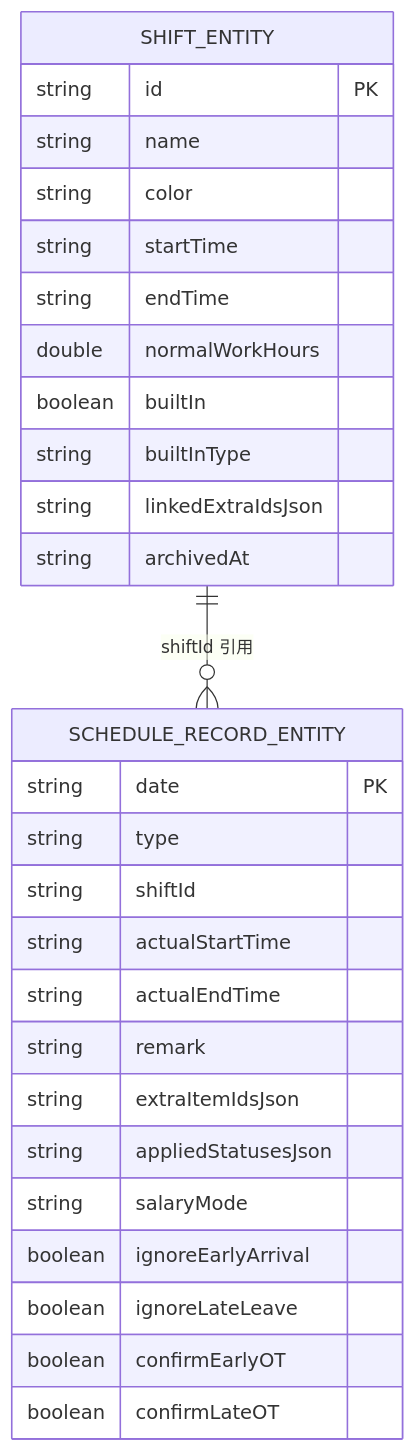
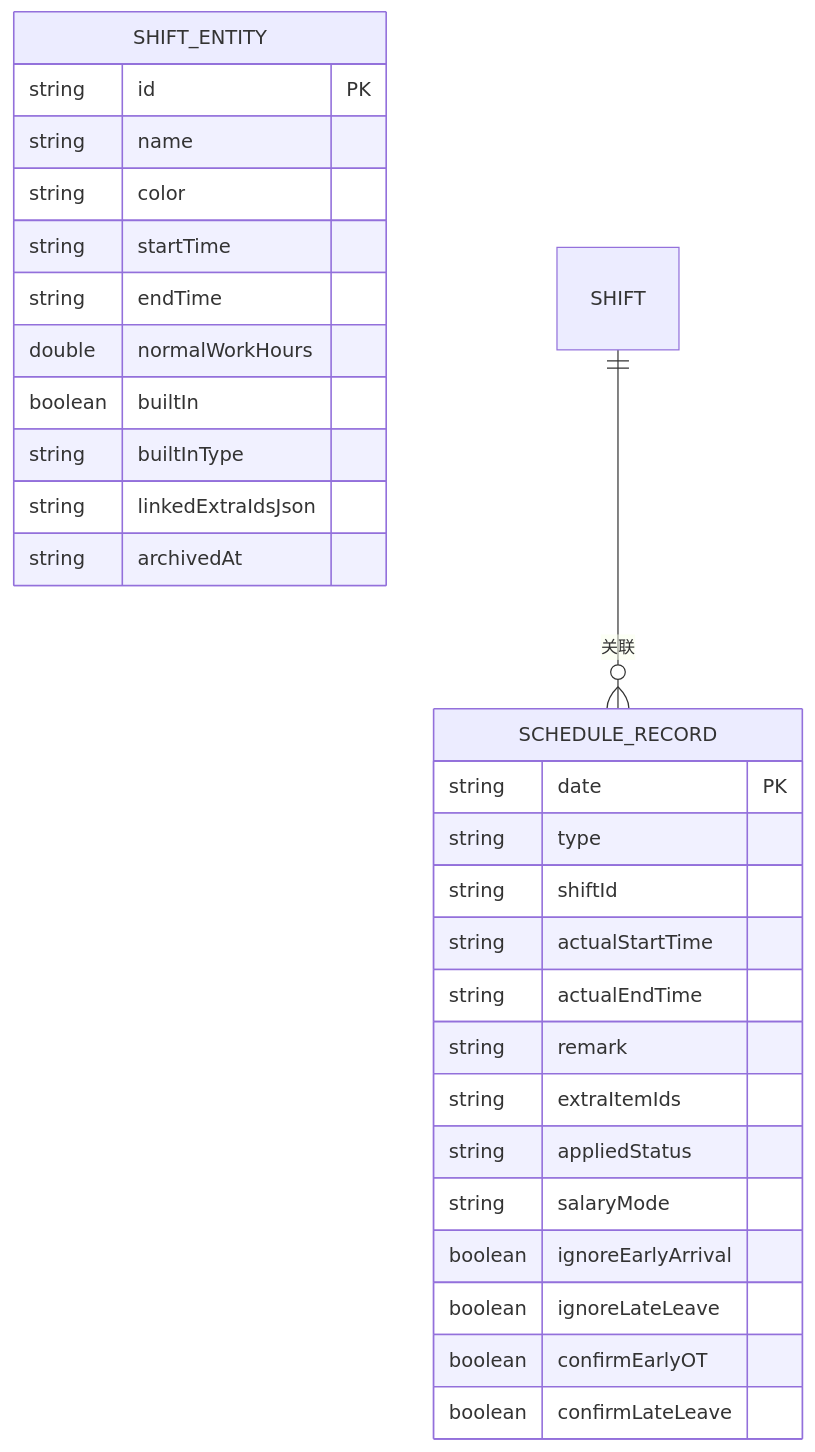
One commit to xiaobai860/paibanrili changed the seventh of 9 diagrams in .qoder/repowiki/zh/content/架构设计/架构设计.md. Above: the diagram before and after it, drawn with Mermaid. The commit also changed other lines of this file and 245 other files, not shown here.

````diff
--- a/.qoder/repowiki/zh/content/架构设计/架构设计.md
+++ b/.qoder/repowiki/zh/content/架构设计/架构设计.md
@@ -284,31 +325,31 @@
 ```mermaid
 erDiagram
 SHIFT_ENTITY {
 string id PK
 string name
 string color
 string startTime
 string endTime
 double normalWorkHours
 boolean builtIn
 string builtInType
 string linkedExtraIdsJson
 string archivedAt
 }
-SCHEDULE_RECORD_ENTITY {
+SCHEDULE_RECORD {
 string date PK
 string type
 string shiftId
 string actualStartTime
 string actualEndTime
 string remark
-string extraItemIdsJson
-string appliedStatusesJson
+string extraItemIds
+string appliedStatus
 string salaryMode
 boolean ignoreEarlyArrival
 boolean ignoreLateLeave
 boolean confirmEarlyOT
-boolean confirmLateOT
+boolean confirmLateLeave
 }
-SHIFT_ENTITY ||--o{ SCHEDULE_RECORD_ENTITY : "shiftId 引用"
+SHIFT ||--o{ SCHEDULE_RECORD : "关联"
 ```
````
